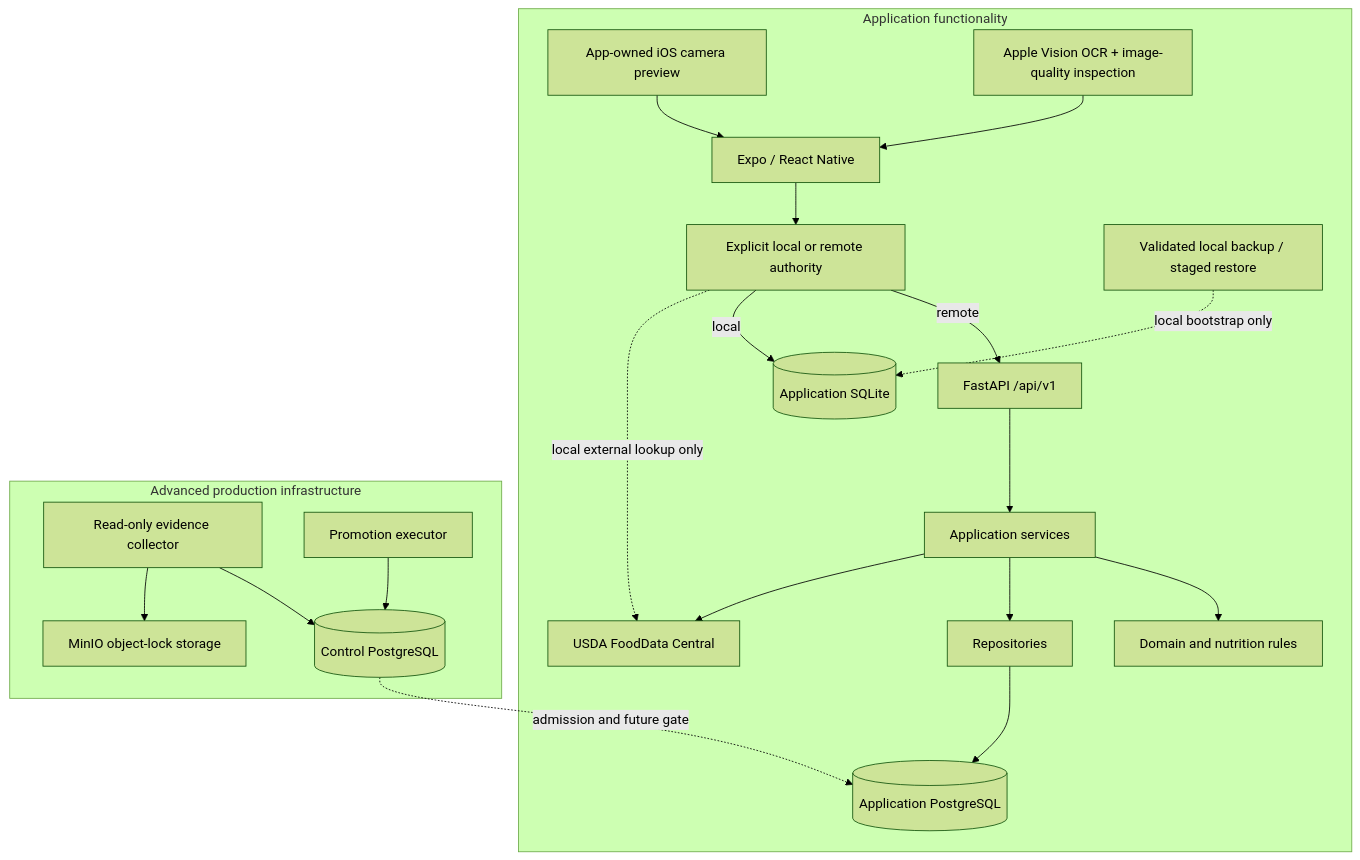
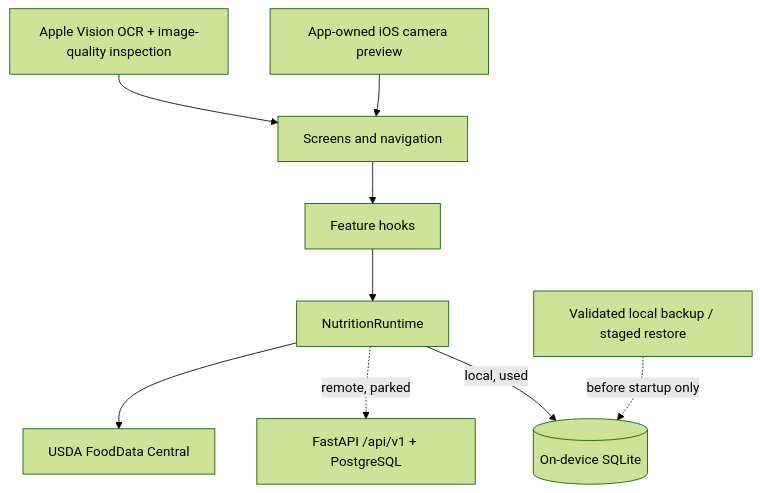
Before and after one commit to MitCaine/Nutrition-App: the diagram in docs/architecture/overview.md, drawn with Mermaid (forest theme). The commit also changed other lines of this file and 20 other files, not shown here.

````diff
--- a/docs/architecture/overview.md
+++ b/docs/architecture/overview.md
@@ -17,24 +11,11 @@
 ```mermaid
 flowchart TB
-    subgraph Product["Application functionality"]
-        Mobile["Expo / React Native"] --> Selection["Explicit local or remote authority"]
-        Selection -->|remote| API["FastAPI /api/v1"]
-        Selection -->|local| LocalDB[("Application SQLite")]
-        API --> Services["Application services"]
-        Services --> Rules["Domain and nutrition rules"]
-        Services --> Repos["Repositories"]
-        Repos --> AppDB[("Application PostgreSQL")]
-        Services --> USDA["USDA FoodData Central"]
-        Selection -.->|local external lookup only| USDA
-        Camera["App-owned iOS camera preview"] --> Mobile
-        Native["Apple Vision OCR + image-quality inspection"] --> Mobile
-        LocalBackup["Validated local backup / staged restore"] -.->|local bootstrap only| LocalDB
-    end
-
-    subgraph Operations["Advanced production infrastructure"]
-        Collector["Read-only evidence collector"] --> ControlDB[("Control PostgreSQL")]
-        Collector --> WORM["MinIO object-lock storage"]
-        Executor["Promotion executor"] --> ControlDB
-        ControlDB -.->|admission and future gate| AppDB
-    end
+    Screens["Screens and navigation"] --> Hooks["Feature hooks"]
+    Hooks --> Runtime["NutritionRuntime"]
+    Runtime -->|local, used| LocalDB[("On-device SQLite")]
+    Runtime -.->|remote, parked| API["FastAPI /api/v1 + PostgreSQL"]
+    Runtime --> USDA["USDA FoodData Central"]
+    Camera["App-owned iOS camera preview"] --> Screens
+    Vision["Apple Vision OCR + image-quality inspection"] --> Screens
+    Backup["Validated local backup / staged restore"] -.->|before startup only| LocalDB
 ```
````
